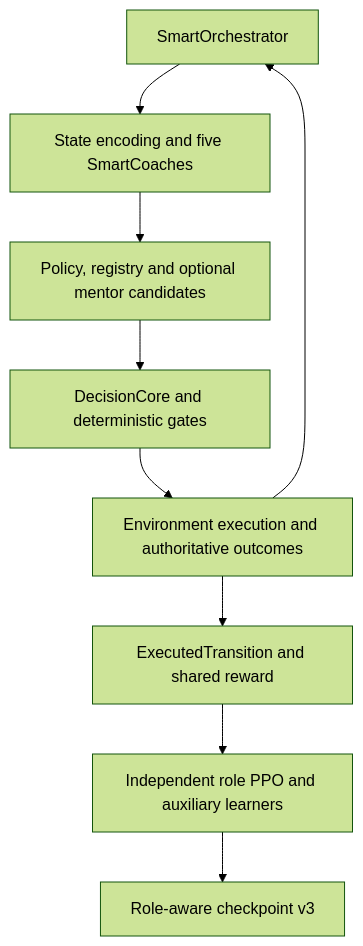
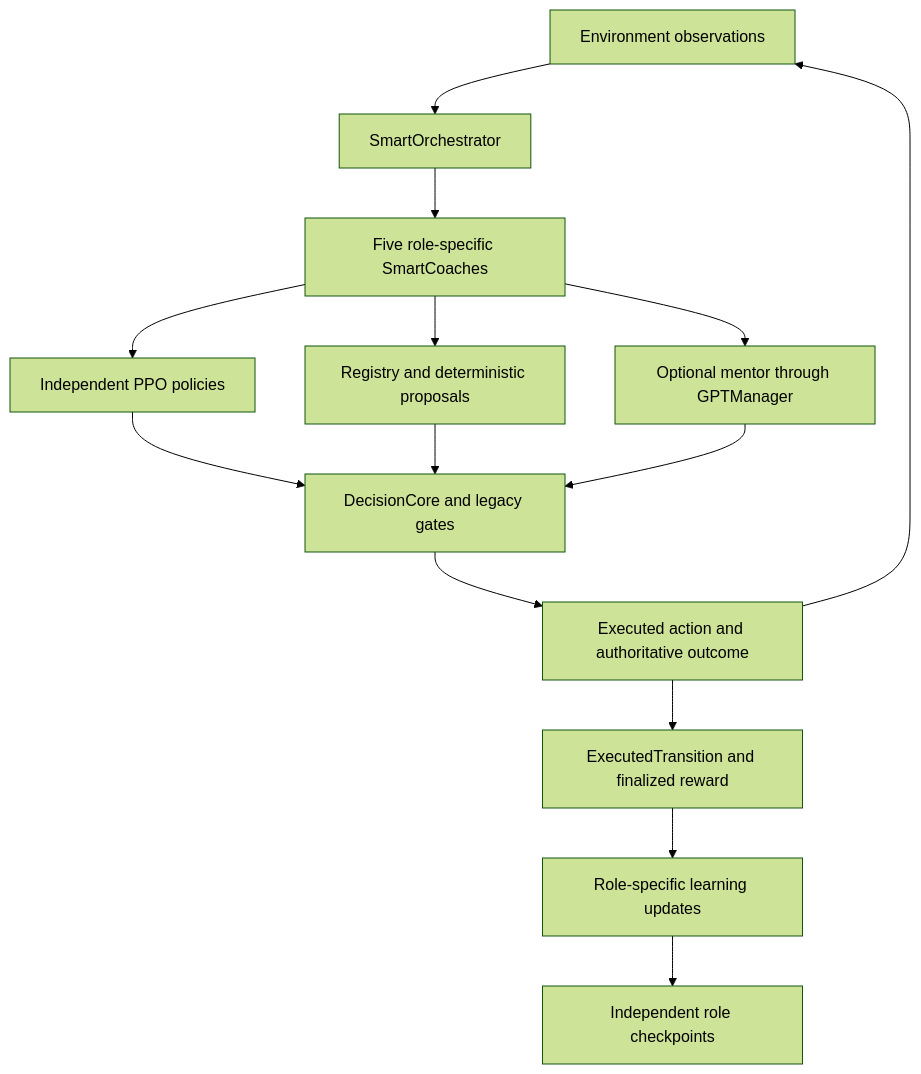
The diagram in README.md (Reckless98/Ariaska_RL), drawn with Mermaid (forest theme) before and after one commit. The commit also changed other lines of this file and 21 other files, not shown here.

````diff
--- a/README.md
+++ b/README.md
@@ -116,11 +37,16 @@
 ```mermaid
 flowchart TD
-    O["SmartOrchestrator"] --> S["State encoding and five SmartCoaches"]
-    S --> C["Policy, registry and optional mentor candidates"]
-    C --> D["DecisionCore and deterministic gates"]
-    D --> E["Environment execution and authoritative outcomes"]
-    E --> T["ExecutedTransition and shared reward"]
-    T --> P["Independent role PPO and auxiliary learners"]
-    P --> K["Role-aware checkpoint v3"]
-    E --> O
+    E[Environment observations] --> O[SmartOrchestrator]
+    O --> C[Five role-specific SmartCoaches]
+    C --> P[Independent PPO policies]
+    C --> R[Registry and deterministic proposals]
+    C --> M[Optional mentor through GPTManager]
+    P --> D[DecisionCore and legacy gates]
+    R --> D
+    M --> D
+    D --> X[Executed action and authoritative outcome]
+    X --> T[ExecutedTransition and finalized reward]
+    T --> U[Role-specific learning updates]
+    U --> K[Independent role checkpoints]
+    X --> E
 ```
````
